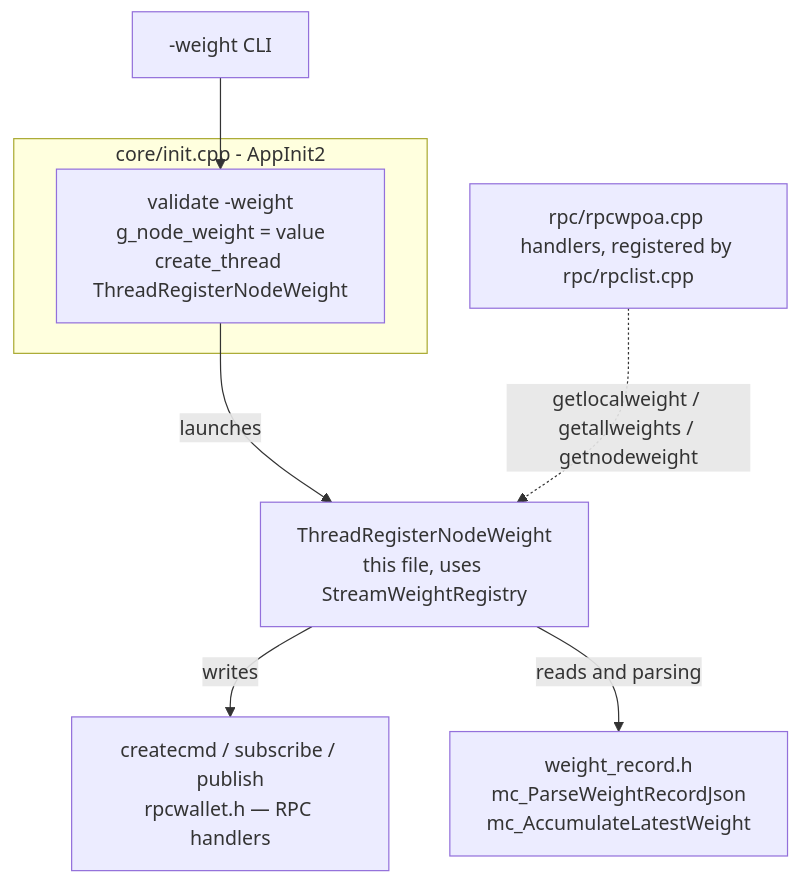
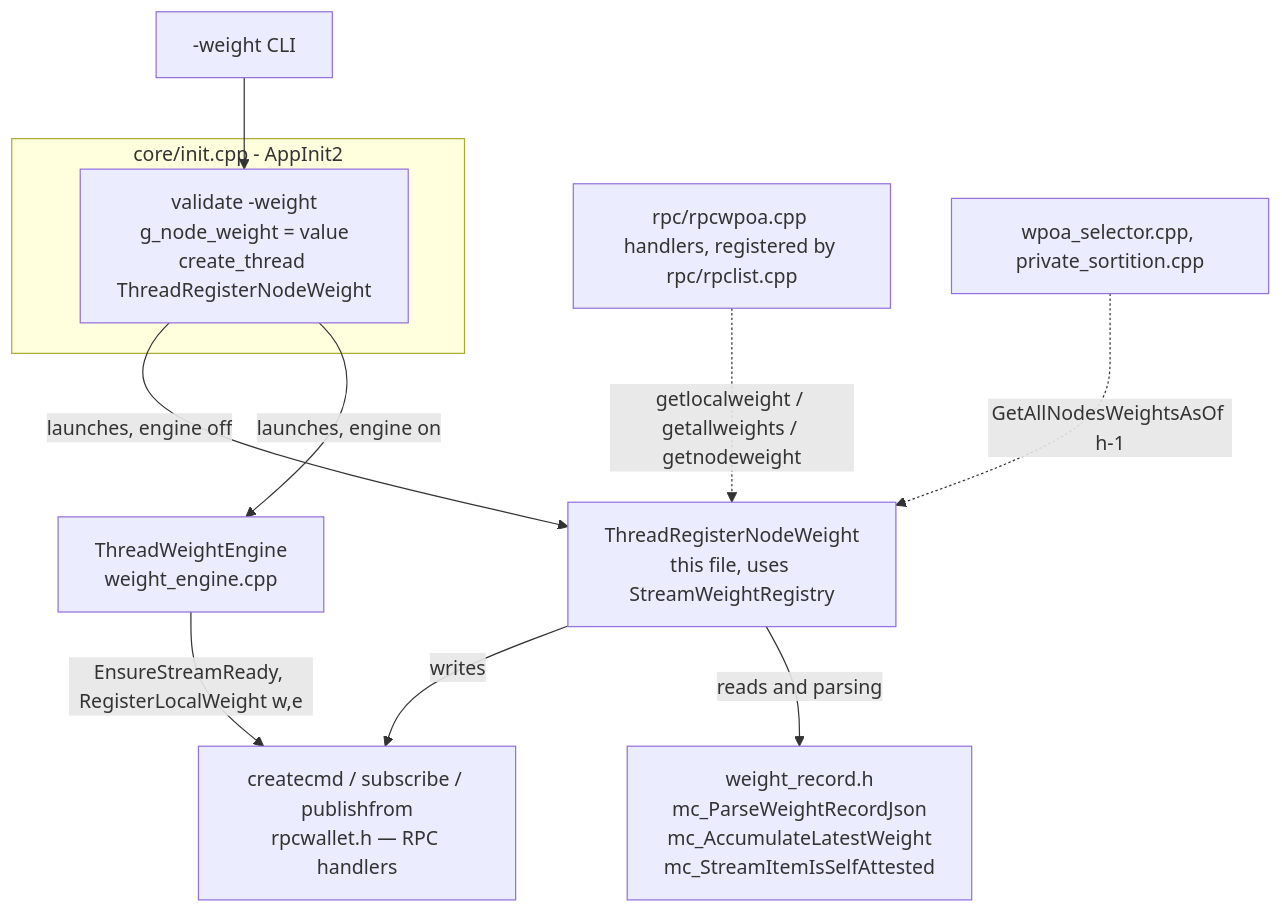
One commit to FeMattu/multichain changed the second of 2 diagrams in docs/stream-weight-registry.md. Above: the diagram before and after it, drawn with Mermaid. The commit also changed other lines of this file and 44 other files, not shown here.

````diff
--- a/docs/stream-weight-registry.md
+++ b/docs/stream-weight-registry.md
@@ -952,15 +1035,18 @@
 ```mermaid
 flowchart TD
     CLI[-weight CLI] --> INIT
 
     subgraph initcpp [core/init.cpp - AppInit2]
         INIT[validate -weight<br/>g_node_weight = value<br/>create_thread ThreadRegisterNodeWeight]
     end
 
-    INIT -->|launches| THREAD[ThreadRegisterNodeWeight<br/>this file, uses StreamWeightRegistry]
+    INIT -->|launches, engine off| THREAD[ThreadRegisterNodeWeight<br/>this file, uses StreamWeightRegistry]
+    INIT -->|launches, engine on| WET[ThreadWeightEngine<br/>weight_engine.cpp]
 
-    THREAD -->|writes| WR[createcmd / subscribe / publish<br/>rpcwallet.h — RPC handlers]
-    THREAD -->|reads and parsing| WREC[weight_record.h<br/>mc_ParseWeightRecordJson<br/>mc_AccumulateLatestWeight]
+    THREAD -->|writes| WR[createcmd / subscribe / publishfrom<br/>rpcwallet.h — RPC handlers]
+    WET -->|EnsureStreamReady, RegisterLocalWeight w,e| WR
+    THREAD -->|reads and parsing| WREC[weight_record.h<br/>mc_ParseWeightRecordJson<br/>mc_AccumulateLatestWeight<br/>mc_StreamItemIsSelfAttested]
 
     RPCLIST[rpc/rpcwpoa.cpp handlers, registered by rpc/rpclist.cpp] -.->|getlocalweight / getallweights / getnodeweight| THREAD
+    SEL[wpoa_selector.cpp, private_sortition.cpp] -.->|GetAllNodesWeightsAsOf h-1| THREAD
 ```
````
